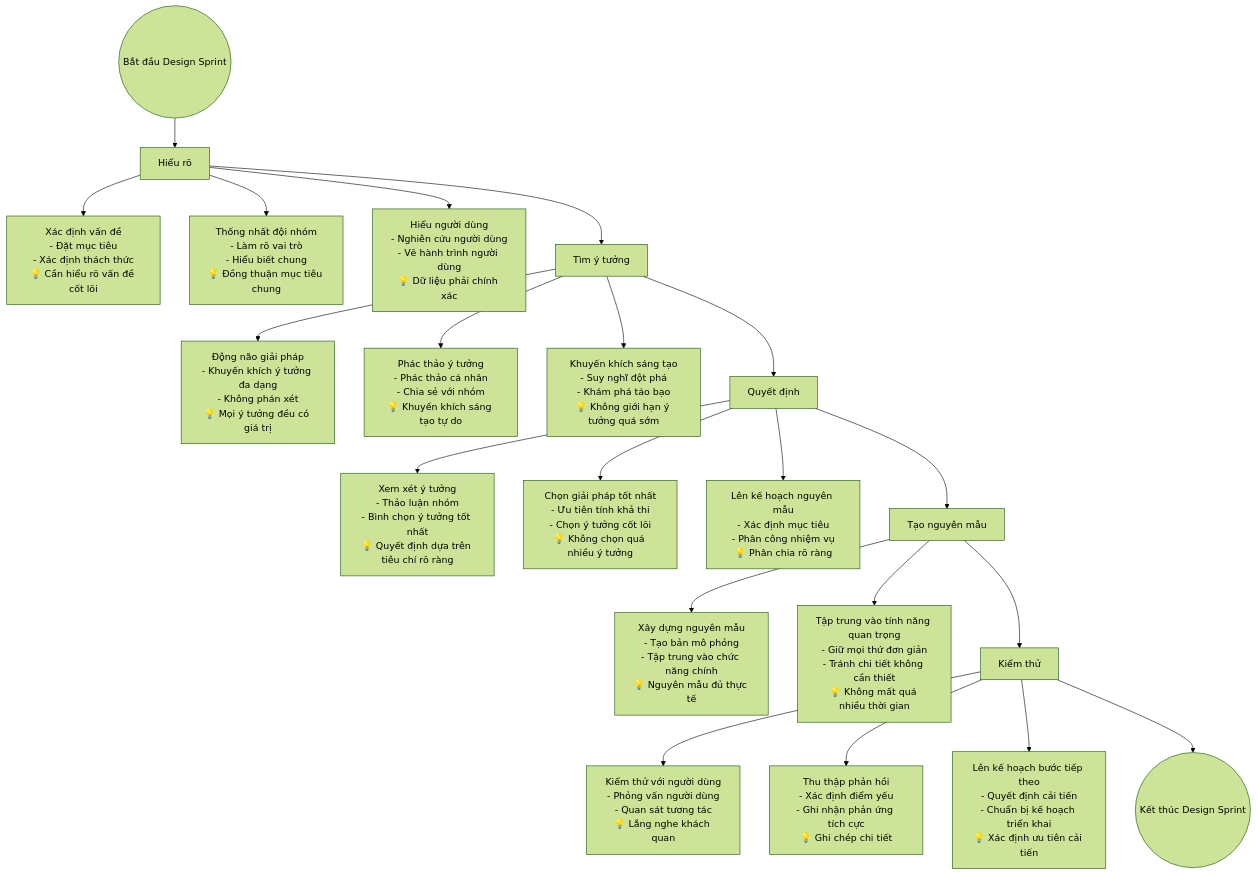
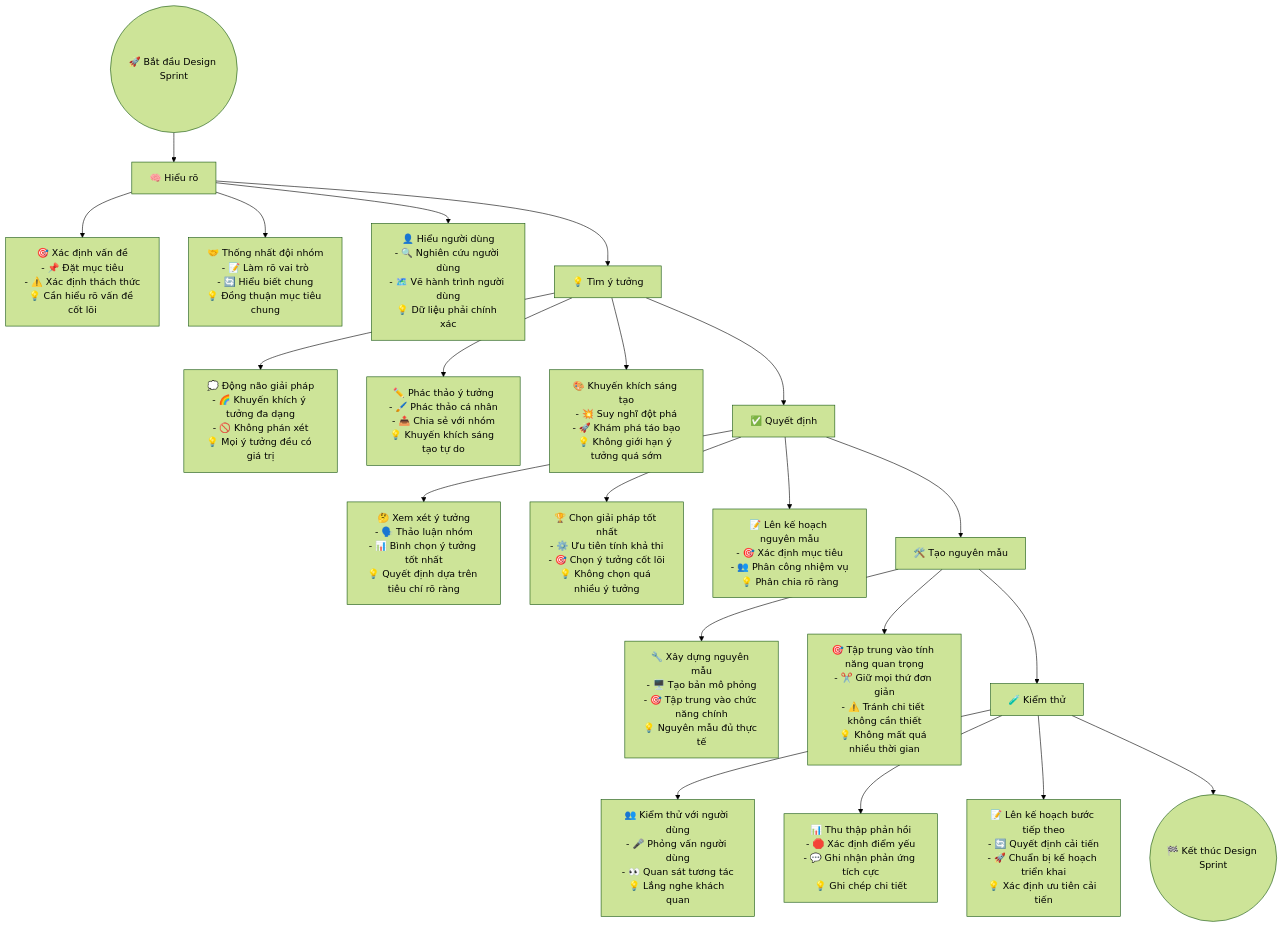
Before and after one commit to qtvhao/quickcurl: the diagram in docs/designsprintkit/intro.mmd, drawn with Mermaid (forest theme). The commit also changed 1 other file, not shown here.

Commit message:
Enhance Design Sprint flowchart with emojis for improved clarity and engagement

```diff
--- a/docs/designsprintkit/intro.mmd
+++ b/docs/designsprintkit/intro.mmd
@@ -1,26 +1,26 @@
 flowchart TD
-    A((Bắt đầu Design Sprint)) --> B[Hiểu rõ]
-    B --> B1[Xác định vấn đề<br>- Đặt mục tiêu<br>- Xác định thách thức<br>💡 Cần hiểu rõ vấn đề cốt lõi]
-    B --> B2[Thống nhất đội nhóm<br>- Làm rõ vai trò<br>- Hiểu biết chung<br>💡 Đồng thuận mục tiêu chung]
-    B --> B3[Hiểu người dùng<br>- Nghiên cứu người dùng<br>- Vẽ hành trình người dùng<br>💡 Dữ liệu phải chính xác]
+    A((🚀 Bắt đầu Design Sprint)) --> B[🧠 Hiểu rõ]
+    B --> B1[🎯 Xác định vấn đề<br>- 📌 Đặt mục tiêu<br>- ⚠️ Xác định thách thức<br>💡 Cần hiểu rõ vấn đề cốt lõi]
+    B --> B2[🤝 Thống nhất đội nhóm<br>- 📝 Làm rõ vai trò<br>- 🔄 Hiểu biết chung<br>💡 Đồng thuận mục tiêu chung]
+    B --> B3[👤 Hiểu người dùng<br>- 🔍 Nghiên cứu người dùng<br>- 🗺️ Vẽ hành trình người dùng<br>💡 Dữ liệu phải chính xác]
 
-    B --> C[Tìm ý tưởng]
-    C --> C1[Động não giải pháp<br>- Khuyến khích ý tưởng đa dạng<br>- Không phán xét<br>💡 Mọi ý tưởng đều có giá trị]
-    C --> C2[Phác thảo ý tưởng<br>- Phác thảo cá nhân<br>- Chia sẻ với nhóm<br>💡 Khuyến khích sáng tạo tự do]
-    C --> C3[Khuyến khích sáng tạo<br>- Suy nghĩ đột phá<br>- Khám phá táo bạo<br>💡 Không giới hạn ý tưởng quá sớm]
+    B --> C[💡 Tìm ý tưởng]
+    C --> C1[💭 Động não giải pháp<br>- 🌈 Khuyến khích ý tưởng đa dạng<br>- 🚫 Không phán xét<br>💡 Mọi ý tưởng đều có giá trị]
+    C --> C2[✏️ Phác thảo ý tưởng<br>- 🖌️ Phác thảo cá nhân<br>- 📤 Chia sẻ với nhóm<br>💡 Khuyến khích sáng tạo tự do]
+    C --> C3[🎨 Khuyến khích sáng tạo<br>- 💥 Suy nghĩ đột phá<br>- 🚀 Khám phá táo bạo<br>💡 Không giới hạn ý tưởng quá sớm]
 
-    C --> D[Quyết định]
-    D --> D1[Xem xét ý tưởng<br>- Thảo luận nhóm<br>- Bình chọn ý tưởng tốt nhất<br>💡 Quyết định dựa trên tiêu chí rõ ràng]
-    D --> D2[Chọn giải pháp tốt nhất<br>- Ưu tiên tính khả thi<br>- Chọn ý tưởng cốt lõi<br>💡 Không chọn quá nhiều ý tưởng]
-    D --> D3[Lên kế hoạch nguyên mẫu<br>- Xác định mục tiêu<br>- Phân công nhiệm vụ<br>💡 Phân chia rõ ràng]
+    C --> D[✅ Quyết định]
+    D --> D1[🤔 Xem xét ý tưởng<br>- 🗣️ Thảo luận nhóm<br>- 📊 Bình chọn ý tưởng tốt nhất<br>💡 Quyết định dựa trên tiêu chí rõ ràng]
+    D --> D2[🏆 Chọn giải pháp tốt nhất<br>- ⚙️ Ưu tiên tính khả thi<br>- 🎯 Chọn ý tưởng cốt lõi<br>💡 Không chọn quá nhiều ý tưởng]
+    D --> D3[📝 Lên kế hoạch nguyên mẫu<br>- 🎯 Xác định mục tiêu<br>- 👥 Phân công nhiệm vụ<br>💡 Phân chia rõ ràng]
 
-    D --> E[Tạo nguyên mẫu]
-    E --> E1[Xây dựng nguyên mẫu<br>- Tạo bản mô phỏng<br>- Tập trung vào chức năng chính<br>💡 Nguyên mẫu đủ thực tế]
-    E --> E2[Tập trung vào tính năng quan trọng<br>- Giữ mọi thứ đơn giản<br>- Tránh chi tiết không cần thiết<br>💡 Không mất quá nhiều thời gian]
+    D --> E[🛠️ Tạo nguyên mẫu]
+    E --> E1[🔧 Xây dựng nguyên mẫu<br>- 🖥️ Tạo bản mô phỏng<br>- 🎯 Tập trung vào chức năng chính<br>💡 Nguyên mẫu đủ thực tế]
+    E --> E2[🎯 Tập trung vào tính năng quan trọng<br>- ✂️ Giữ mọi thứ đơn giản<br>- ⚠️ Tránh chi tiết không cần thiết<br>💡 Không mất quá nhiều thời gian]
 
-    E --> F[Kiểm thử]
-    F --> F1[Kiểm thử với người dùng<br>- Phỏng vấn người dùng<br>- Quan sát tương tác<br>💡 Lắng nghe khách quan]
-    F --> F2[Thu thập phản hồi<br>- Xác định điểm yếu<br>- Ghi nhận phản ứng tích cực<br>💡 Ghi chép chi tiết]
-    F --> F3[Lên kế hoạch bước tiếp theo<br>- Quyết định cải tiến<br>- Chuẩn bị kế hoạch triển khai<br>💡 Xác định ưu tiên cải tiến]
+    E --> F[🧪 Kiểm thử]
+    F --> F1[👥 Kiểm thử với người dùng<br>- 🎤 Phỏng vấn người dùng<br>- 👀 Quan sát tương tác<br>💡 Lắng nghe khách quan]
+    F --> F2[📊 Thu thập phản hồi<br>- 🛑 Xác định điểm yếu<br>- 💬 Ghi nhận phản ứng tích cực<br>💡 Ghi chép chi tiết]
+    F --> F3[📝 Lên kế hoạch bước tiếp theo<br>- 🔄 Quyết định cải tiến<br>- 🚀 Chuẩn bị kế hoạch triển khai<br>💡 Xác định ưu tiên cải tiến]
 
-    F --> Z((Kết thúc Design Sprint))
+    F --> Z((🏁 Kết thúc Design Sprint))
```
